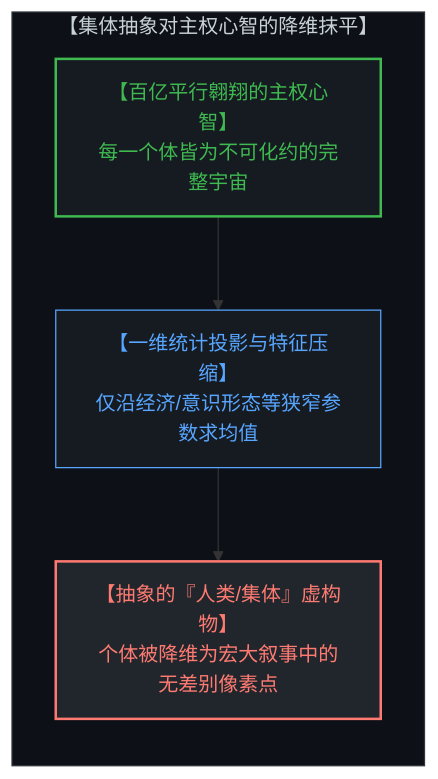
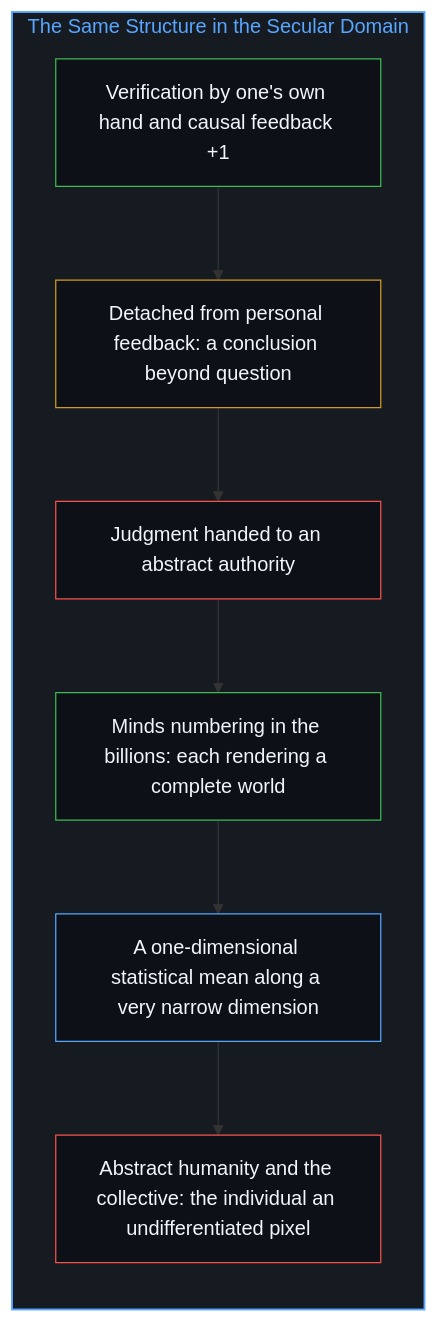
One commit to powerpig99/not-a-toe changed the sixth of 12 diagrams in content/posts/the-origin-of-god-and-the-flattening-of-we.md. Above: the diagram before and after it, drawn with Mermaid. The commit also changed other lines of this file and 2 other files, not shown here.

Commit message:
Refine the-origin-of-god: alternating bilingual layout, six paired diagrams, the overview as a reading, implicit first person

````diff
--- a/content/posts/the-origin-of-god-and-the-flattening-of-we.md
+++ b/content/posts/the-origin-of-god-and-the-flattening-of-we.md
@@ -137,15 +157,25 @@
 ```mermaid
-graph TD
-    subgraph StatisticalAveraging["【集体抽象对主权心智的降维抹平】"]
+flowchart TD
+    subgraph S_Mean["The Same Structure in the Secular Domain"]
         direction TB
-        ParallelUniverses["【百亿平行翱翔的主权心智】<br>每一个体皆为不可化约的完整宇宙"]
-        OneDimensionalProjection["【一维统计投影与特征压缩】<br>仅沿经济/意识形态等狭窄参数求均值"]
-        HomogenizedCollective["【抽象的『人类/集体』虚构物】<br>个体被降维为宏大叙事中的无差别像素点"]
-        ParallelUniverses --> OneDimensionalProjection
-        OneDimensionalProjection --> HomogenizedCollective
+        Verify["Verification by one's own hand and causal feedback +1"]
+        Textbook["Detached from personal feedback: a conclusion beyond question"]
+        Authority["Judgment handed to an abstract authority"]
+        Minds["Minds numbering in the billions: each rendering a complete world"]
+        Average["A one-dimensional statistical mean along a very narrow dimension"]
+        Pixel["Abstract humanity and the collective: the individual an undifferentiated pixel"]
+        Verify --> Textbook
+        Textbook --> Authority
+        Minds --> Average
+        Average --> Pixel
+        Authority --> Minds
     end
-    style StatisticalAveraging fill:#0d1117,stroke:#30363d,stroke-width:1px,color:#c9d1d9
-    style ParallelUniverses fill:#161b22,stroke:#3fb950,stroke-width:2px,color:#3fb950
-    style OneDimensionalProjection fill:#161b22,stroke:#58a6ff,stroke-width:1px,color:#58a6ff
-    style HomogenizedCollective fill:#21262d,stroke:#ff7b72,stroke-width:2px,color:#ff7b72
+
+    style S_Mean fill:#161b22,stroke:#58a6ff,stroke-width:1.5px,color:#58a6ff
+    style Verify fill:#0d1117,stroke:#3fb950,stroke-width:1px,color:#f0f6fc
+    style Textbook fill:#0d1117,stroke:#d29922,stroke-width:1px,color:#f0f6fc
+    style Authority fill:#0d1117,stroke:#f85149,stroke-width:1px,color:#f0f6fc
+    style Minds fill:#0d1117,stroke:#3fb950,stroke-width:1px,color:#f0f6fc
+    style Average fill:#0d1117,stroke:#58a6ff,stroke-width:1px,color:#f0f6fc
+    style Pixel fill:#0d1117,stroke:#f85149,stroke-width:1px,color:#f0f6fc
 ```
````
